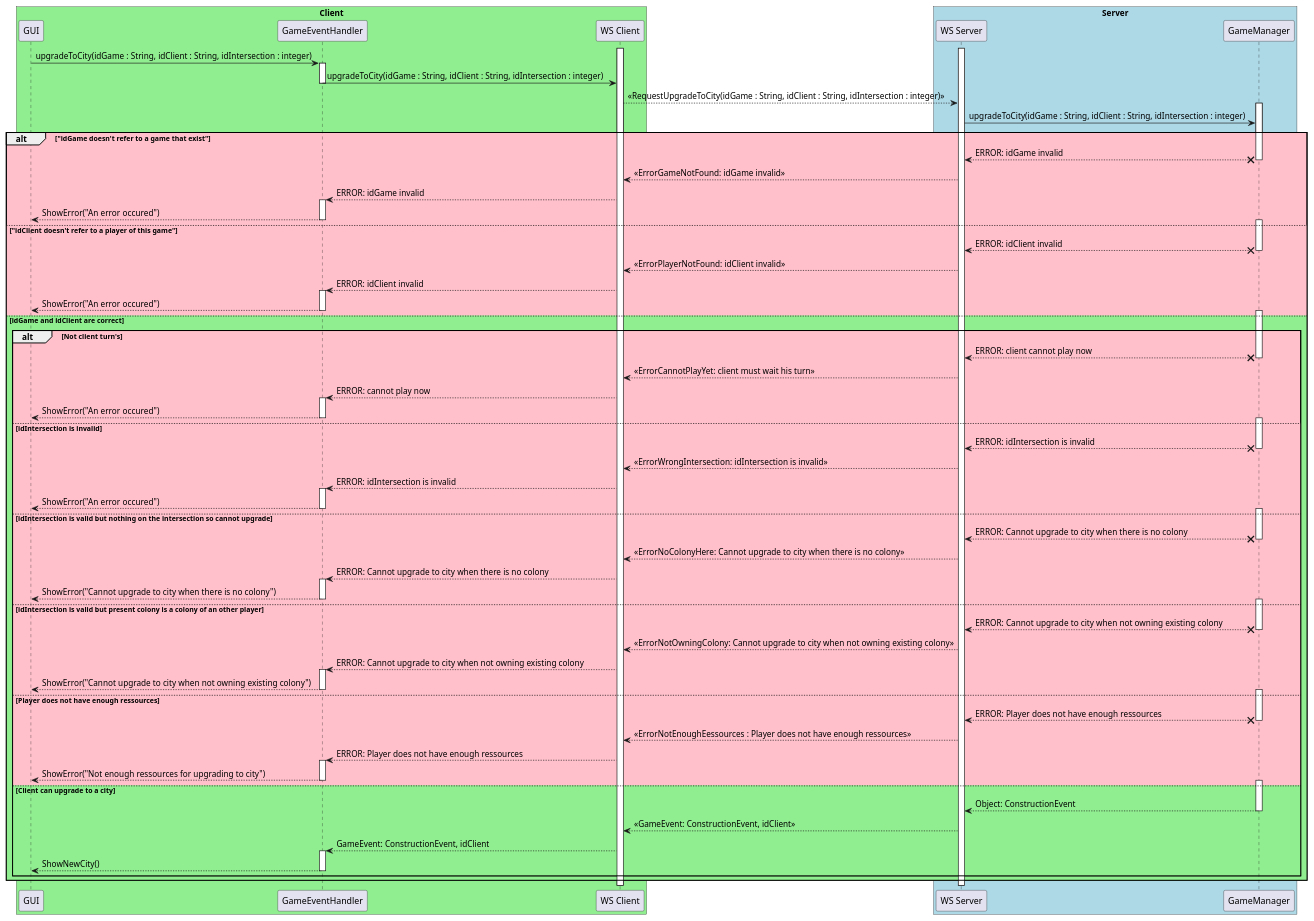
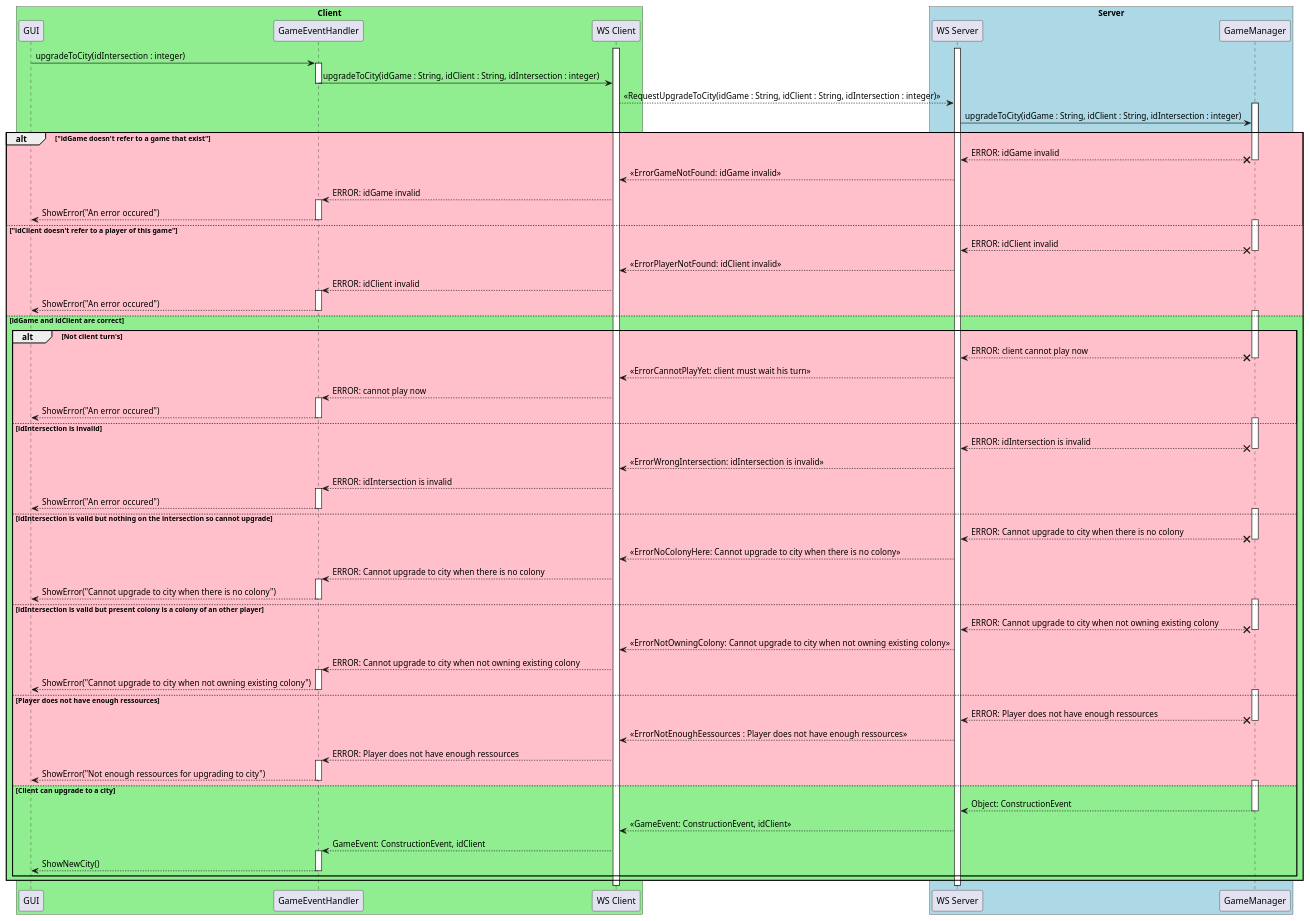
One commit to Lapin-Obez/colon_de_catane changed the diagram in catan-doc/modules/composants/examples/upgradeToCitySequenceDiag.plantuml. Above: the diagram before and after it, drawn with PlantUML. The commit also changed 4 other files, not shown here.

Commit message:
Fixing all diagrams by removing idGames or/and idClient from existing methods

```diff
--- a/catan-doc/modules/composants/examples/upgradeToCitySequenceDiag.plantuml
+++ b/catan-doc/modules/composants/examples/upgradeToCitySequenceDiag.plantuml
@@ -1,153 +1,153 @@
 @startuml
 
 
 box "Client" #LightGreen
   participant "GUI" as GUI
   participant "GameEventHandler" as GameEventHandler
   participant "WS Client" as WSClient
 end box
 
 box "Server" #LightBlue
   participant "WS Server" as WSServer
   participant "GameManager" as GameManager
 end box
 
 activate WSClient
 activate WSServer
 
-GUI -> GameEventHandler : upgradeToCity(idGame : String, idClient : String, idIntersection : integer)
+GUI -> GameEventHandler : upgradeToCity(idIntersection : integer)
 activate GameEventHandler
 
 GameEventHandler -> WSClient : upgradeToCity(idGame : String, idClient : String, idIntersection : integer)
 deactivate GameEventHandler
 
 WSClient --> WSServer : <<RequestUpgradeToCity(idGame : String, idClient : String, idIntersection : integer)>>
 
 activate GameManager
 WSServer -> GameManager : upgradeToCity(idGame : String, idClient : String, idIntersection : integer)
 
 alt #Pink "idGame doesn't refer to a game that exist"
   GameManager x--> WSServer : ERROR: idGame invalid
   deactivate GameManager
   
   WSServer --> WSClient : <<ErrorGameNotFound: idGame invalid>>
 
   WSClient --> GameEventHandler : ERROR: idGame invalid
   activate GameEventHandler
 
   GameEventHandler --> GUI : ShowError("An error occured")
   deactivate GameEventHandler
 
 else #Pink "idClient doesn't refer to a player of this game"
   activate GameManager
 
   GameManager x--> WSServer : ERROR: idClient invalid
   deactivate GameManager
   
   WSServer --> WSClient : <<ErrorPlayerNotFound: idClient invalid>>
 
   WSClient --> GameEventHandler : ERROR: idClient invalid
   activate GameEventHandler
 
   GameEventHandler --> GUI : ShowError("An error occured")
   deactivate GameEventHandler
 
 else #LightGreen idGame and idClient are correct
   
   alt #Pink Not client turn's
 
     activate GameManager
 
     GameManager x--> WSServer : ERROR: client cannot play now
     deactivate GameManager
     
     WSServer --> WSClient : <<ErrorCannotPlayYet: client must wait his turn>>
   
     WSClient --> GameEventHandler : ERROR: cannot play now
     activate GameEventHandler
   
     GameEventHandler --> GUI : ShowError("An error occured")
     deactivate GameEventHandler
     
   else #Pink idIntersection is invalid
 
     activate GameManager
 
     GameManager x--> WSServer : ERROR: idIntersection is invalid
     deactivate GameManager
     
     WSServer --> WSClient : <<ErrorWrongIntersection: idIntersection is invalid>>
   
     WSClient --> GameEventHandler : ERROR: idIntersection is invalid
     activate GameEventHandler
   
     GameEventHandler --> GUI : ShowError("An error occured")
     deactivate GameEventHandler
     
     
   else #Pink idIntersection is valid but nothing on the intersection so cannot upgrade
 
     activate GameManager
 
     GameManager x--> WSServer : ERROR: Cannot upgrade to city when there is no colony
     deactivate GameManager
     
     WSServer --> WSClient : <<ErrorNoColonyHere: Cannot upgrade to city when there is no colony>>
   
     WSClient --> GameEventHandler : ERROR: Cannot upgrade to city when there is no colony
     activate GameEventHandler
   
     GameEventHandler --> GUI : ShowError("Cannot upgrade to city when there is no colony")
     deactivate GameEventHandler
     
   
   else #Pink idIntersection is valid but present colony is a colony of an other player
 
     activate GameManager
 
     GameManager x--> WSServer : ERROR: Cannot upgrade to city when not owning existing colony
     deactivate GameManager
     
     WSServer --> WSClient : <<ErrorNotOwningColony: Cannot upgrade to city when not owning existing colony>>
   
     WSClient --> GameEventHandler : ERROR: Cannot upgrade to city when not owning existing colony
     activate GameEventHandler
   
     GameEventHandler --> GUI : ShowError("Cannot upgrade to city when not owning existing colony")
     deactivate GameEventHandler
     
     
   else #Pink Player does not have enough ressources 
 
     activate GameManager
 
     GameManager x--> WSServer : ERROR: Player does not have enough ressources 
     deactivate GameManager
     
     WSServer --> WSClient : <<ErrorNotEnoughEessources : Player does not have enough ressources >>
   
     WSClient --> GameEventHandler : ERROR: Player does not have enough ressources
     activate GameEventHandler
   
     GameEventHandler --> GUI : ShowError("Not enough ressources for upgrading to city")
     deactivate GameEventHandler
     
   else #LightGreen Client can upgrade to a city
     
     activate GameManager
 
     GameManager --> WSServer : Object: ConstructionEvent
     deactivate GameManager
     
     WSServer --> WSClient : <<GameEvent: ConstructionEvent, idClient>>
   
     WSClient --> GameEventHandler : GameEvent: ConstructionEvent, idClient
     activate GameEventHandler
   
     GameEventHandler --> GUI : ShowNewCity()
     deactivate GameEventHandler
     
   end
 end
 
 @enduml
```
